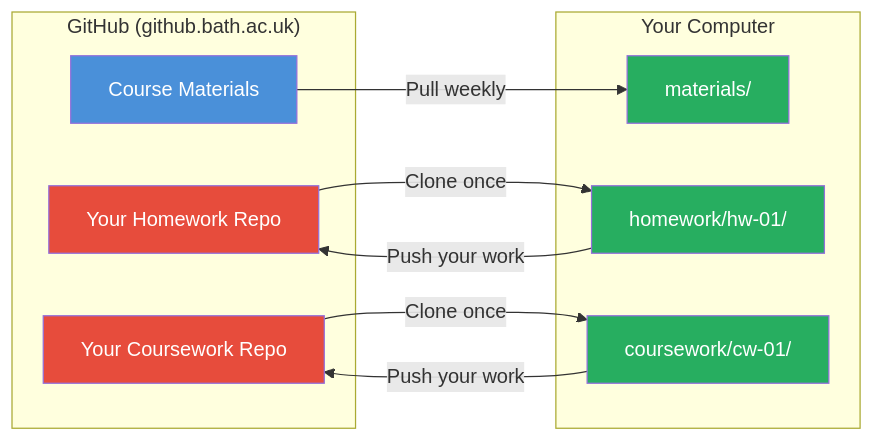
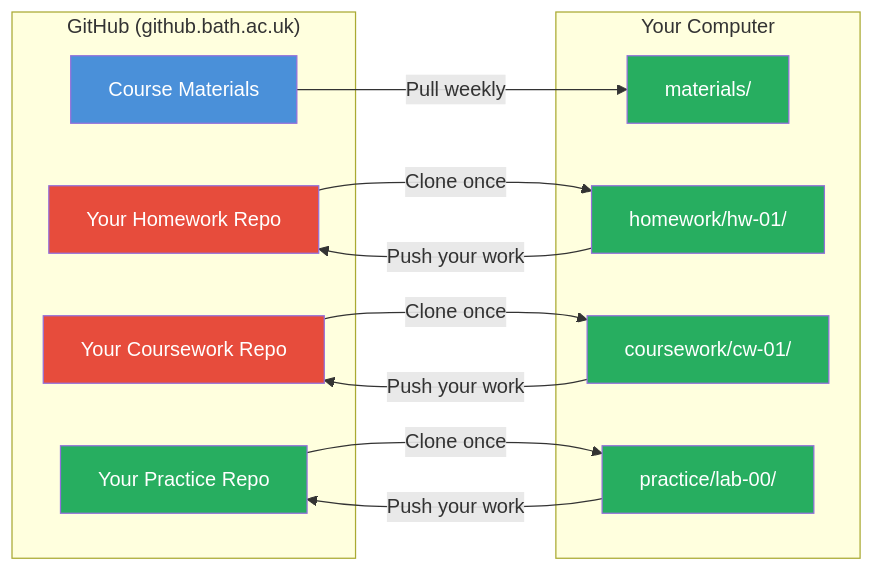
Before and after one commit to kanayai/ma22019_website: the diagram in computing_setup/weekly_workflow.qmd, drawn with Mermaid. The commit also changed 170 other files, not shown here.

Commit message:
docs: update weekly workflow mermaid diagram with practice folder

````diff
--- a/computing_setup/weekly_workflow.qmd
+++ b/computing_setup/weekly_workflow.qmd
@@ -21,27 +21,33 @@
 ```{mermaid}
 flowchart LR
     subgraph GitHub["GitHub (github.bath.ac.uk)"]
         A["Course Materials"]
         B["Your Homework Repo"]
         E["Your Coursework Repo"]
+        G["Your Practice Repo"]
     end
     
     subgraph Computer["Your Computer"]
         C["materials/"]
         D["homework/hw-01/"]
         F["coursework/cw-01/"]
+        H["practice/lab-00/"]
     end
     
     A -->|Pull weekly| C
     B -->|Clone once| D
     D -->|Push your work| B
     E -->|Clone once| F
     F -->|Push your work| E
+    G -->|Clone once| H
+    H -->|Push your work| G
     
     style A fill:#4a90d9,color:#fff
     style B fill:#e74c3c,color:#fff
     style C fill:#27ae60,color:#fff
     style D fill:#27ae60,color:#fff
     style E fill:#e74c3c,color:#fff
     style F fill:#27ae60,color:#fff
+    style G fill:#27ae60,color:#fff
+    style H fill:#27ae60,color:#fff
 ```
````
